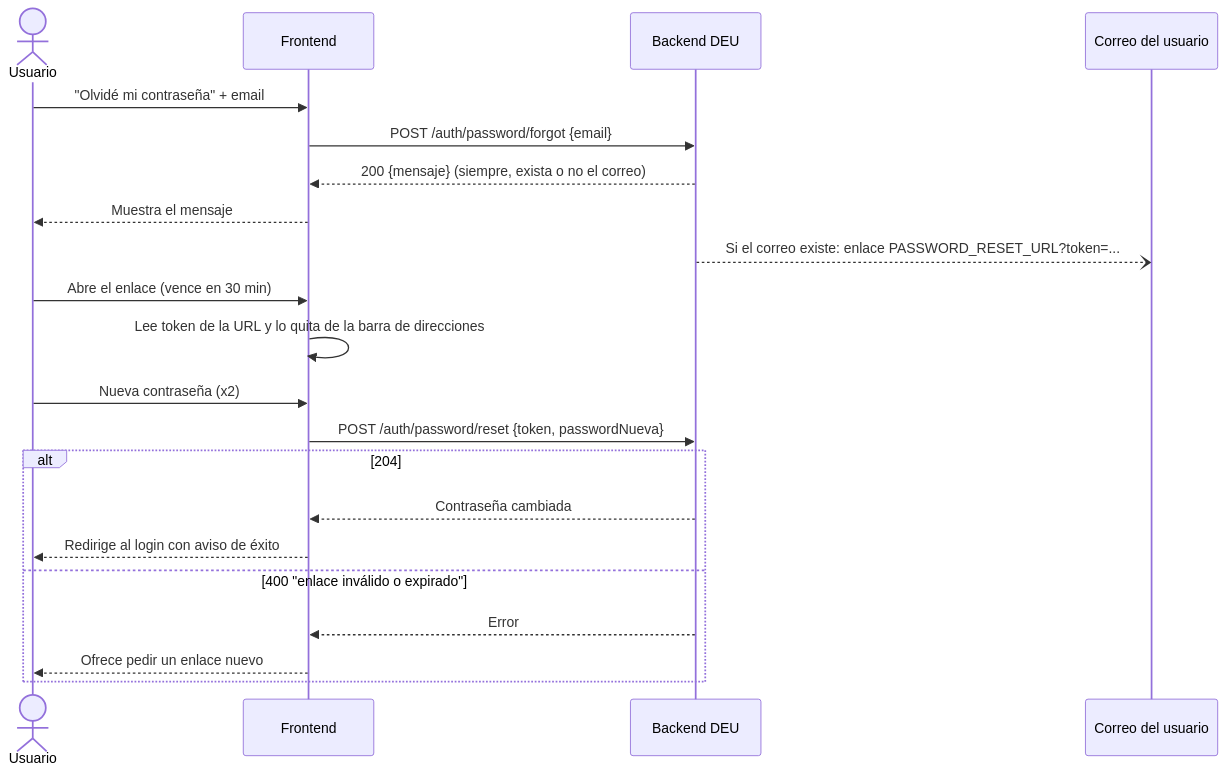
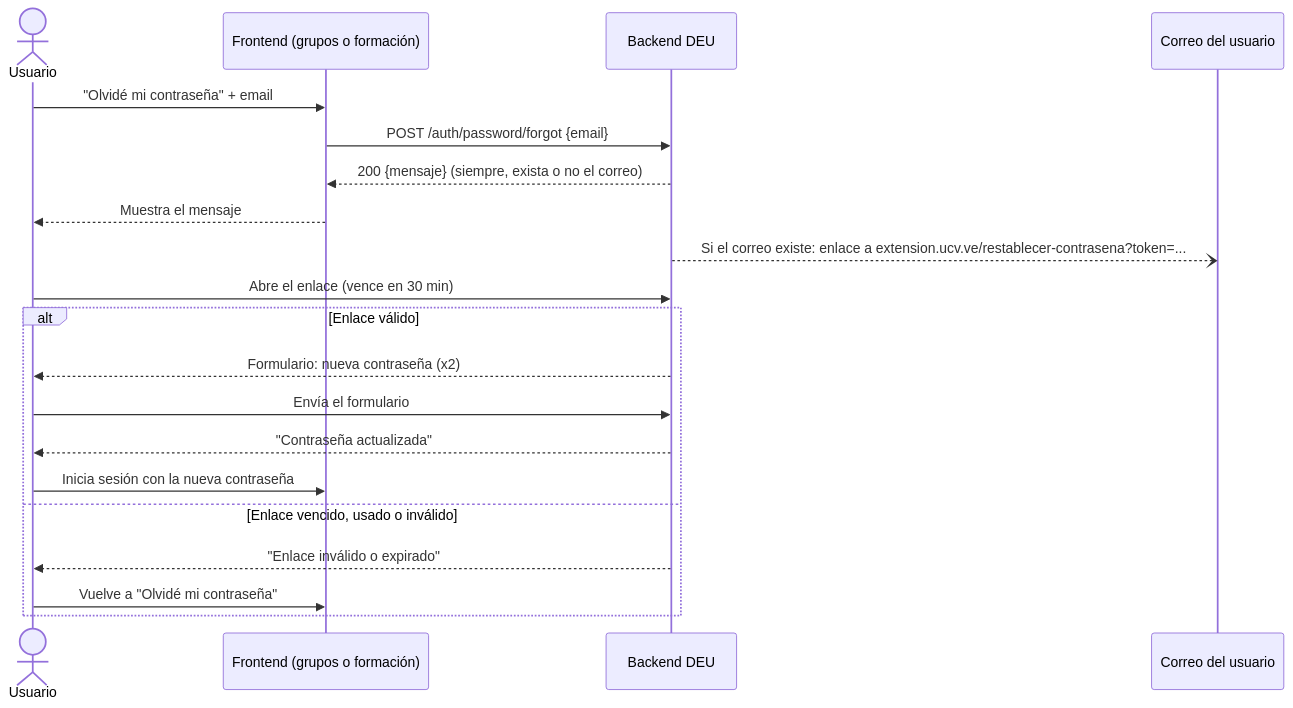
Before and after one commit to eaguilar88/DEU_UCV: the diagram in docs/restablecer-contrasena.md, drawn with Mermaid. The commit also changed other lines of this file and 11 other files, not shown here.

Commit message:
servir restablecer contraseña desde el backend

````diff
--- a/docs/restablecer-contrasena.md
+++ b/docs/restablecer-contrasena.md
@@ -13,24 +15,23 @@
 ```mermaid
 sequenceDiagram
     actor U as Usuario
-    participant FE as Frontend
+    participant FE as Frontend (grupos o formación)
     participant API as Backend DEU
     participant M as Correo del usuario
 
     U->>FE: "Olvidé mi contraseña" + email
     FE->>API: POST /auth/password/forgot {email}
     API-->>FE: 200 {mensaje} (siempre, exista o no el correo)
     FE-->>U: Muestra el mensaje
-    API--)M: Si el correo existe: enlace PASSWORD_RESET_URL?token=...
-    U->>FE: Abre el enlace (vence en 30 min)
-    FE->>FE: Lee token de la URL y lo quita de la barra de direcciones
-    U->>FE: Nueva contraseña (x2)
-    FE->>API: POST /auth/password/reset {token, passwordNueva}
-    alt 204
-        API-->>FE: Contraseña cambiada
-        FE-->>U: Redirige al login con aviso de éxito
-    else 400 "enlace inválido o expirado"
-        API-->>FE: Error
-        FE-->>U: Ofrece pedir un enlace nuevo
+    API--)M: Si el correo existe: enlace a extension.ucv.ve/restablecer-contrasena?token=...
+    U->>API: Abre el enlace (vence en 30 min)
+    alt Enlace válido
+        API-->>U: Formulario: nueva contraseña (x2)
+        U->>API: Envía el formulario
+        API-->>U: "Contraseña actualizada"
+        U->>FE: Inicia sesión con la nueva contraseña
+    else Enlace vencido, usado o inválido
+        API-->>U: "Enlace inválido o expirado"
+        U->>FE: Vuelve a "Olvidé mi contraseña"
     end
 ```
````
